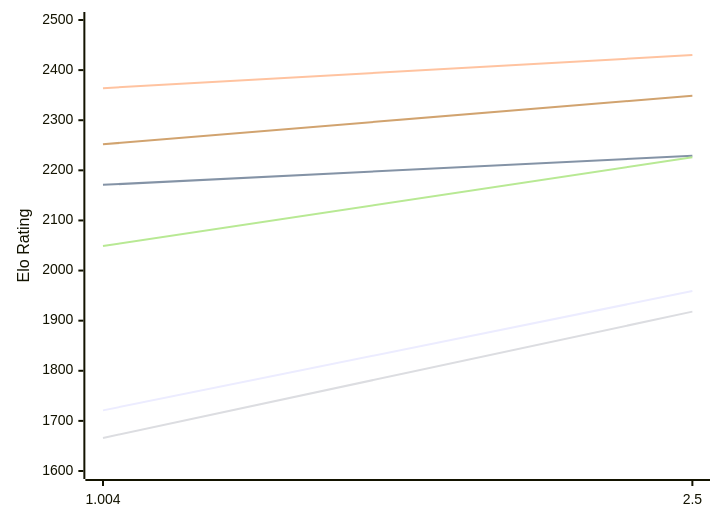
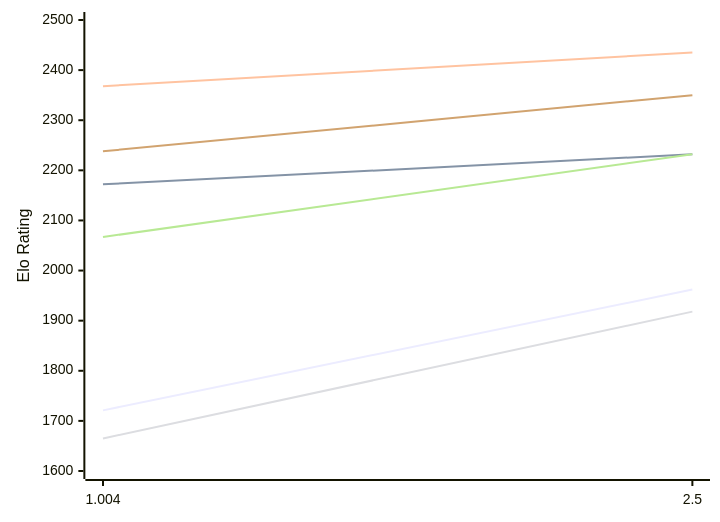
One commit to computer-chess-index/cci changed the first of 2 diagrams in engines/Ares.md. Above: the diagram before and after it, drawn with Mermaid. The commit also changed other lines of this file, not shown here.

Commit message:
Update CCI Ratings (ELO VLTC) - 2026-11-20

````diff
--- a/engines/Ares.md
+++ b/engines/Ares.md
@@ -50,12 +50,12 @@
 ```mermaid
 %%{init: {"theme":"base","themeVariables":{"seriesColors:['#a3a3a3','#222221','#faa371']}}}%%
 xychart-beta
   x-axis ["1.004", "2.5"]
   y-axis "Elo Rating" 1600 --> 2500
-  line "E1: STC (8.0+0.08s)" [1721, 1959]
-  line "E1: LTC (60.0+0.60s)" [2171, 2229]
-  line "E1: VLTC (2m24s+1.12s)" [2364, 2430]
-  line "P1: STC (8.0+0.08s)" [1666, 1918]
-  line "P1: LTC (60.0+0.60s)" [2049, 2226]
-  line "P1: VLTC (2m24s+1.12s)" [2252, 2349]
+  line "E1: STC (8.0+0.08s)" [1721, 1962]
+  line "E1: LTC (60.0+0.60s)" [2172, 2232]
+  line "E1: VLTC (2m24s+1.12s)" [2368, 2435]
+  line "P1: STC (8.0+0.08s)" [1665, 1918]
+  line "P1: LTC (60.0+0.60s)" [2067, 2232]
+  line "P1: VLTC (2m24s+1.12s)" [2238, 2350]
 ```
````
